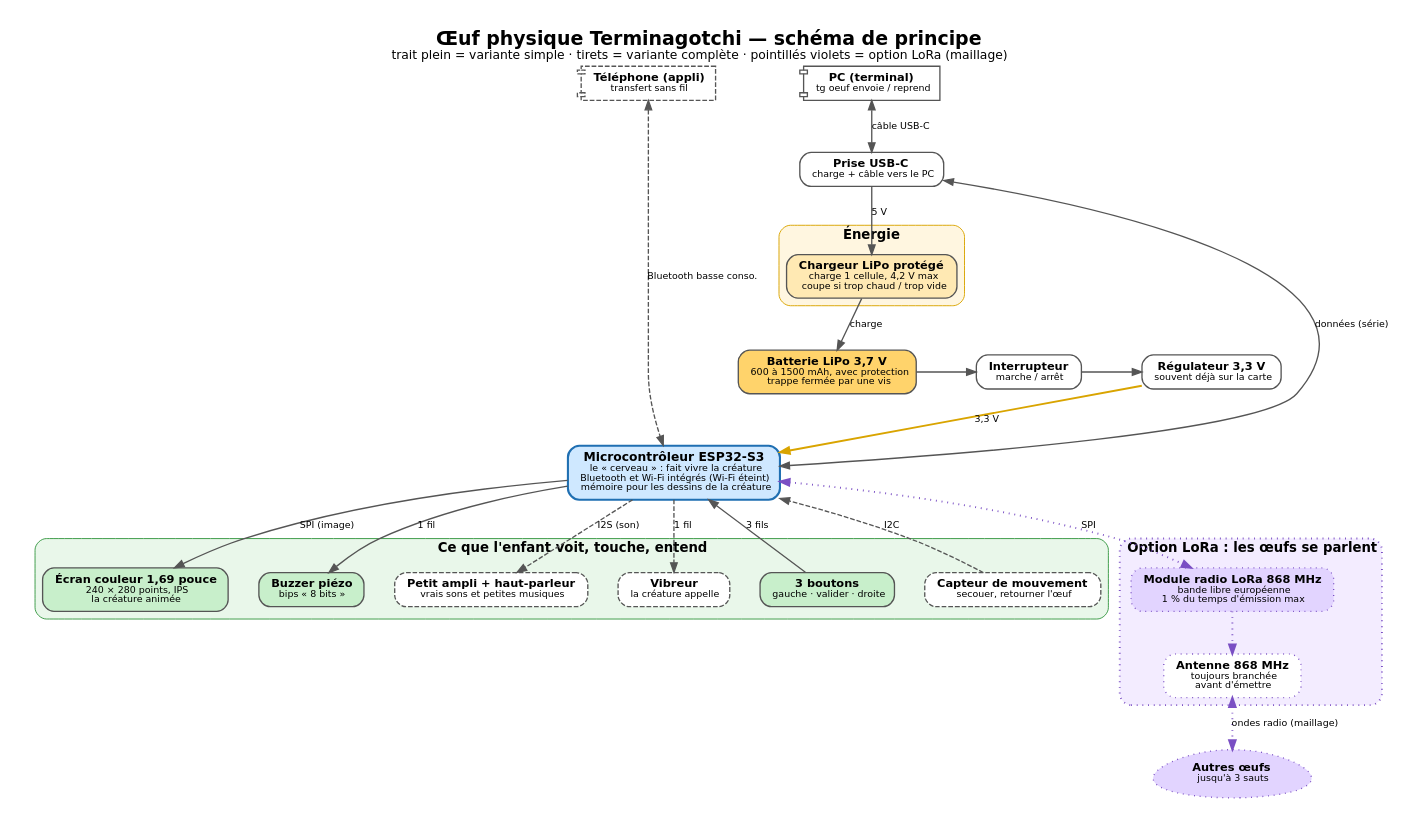
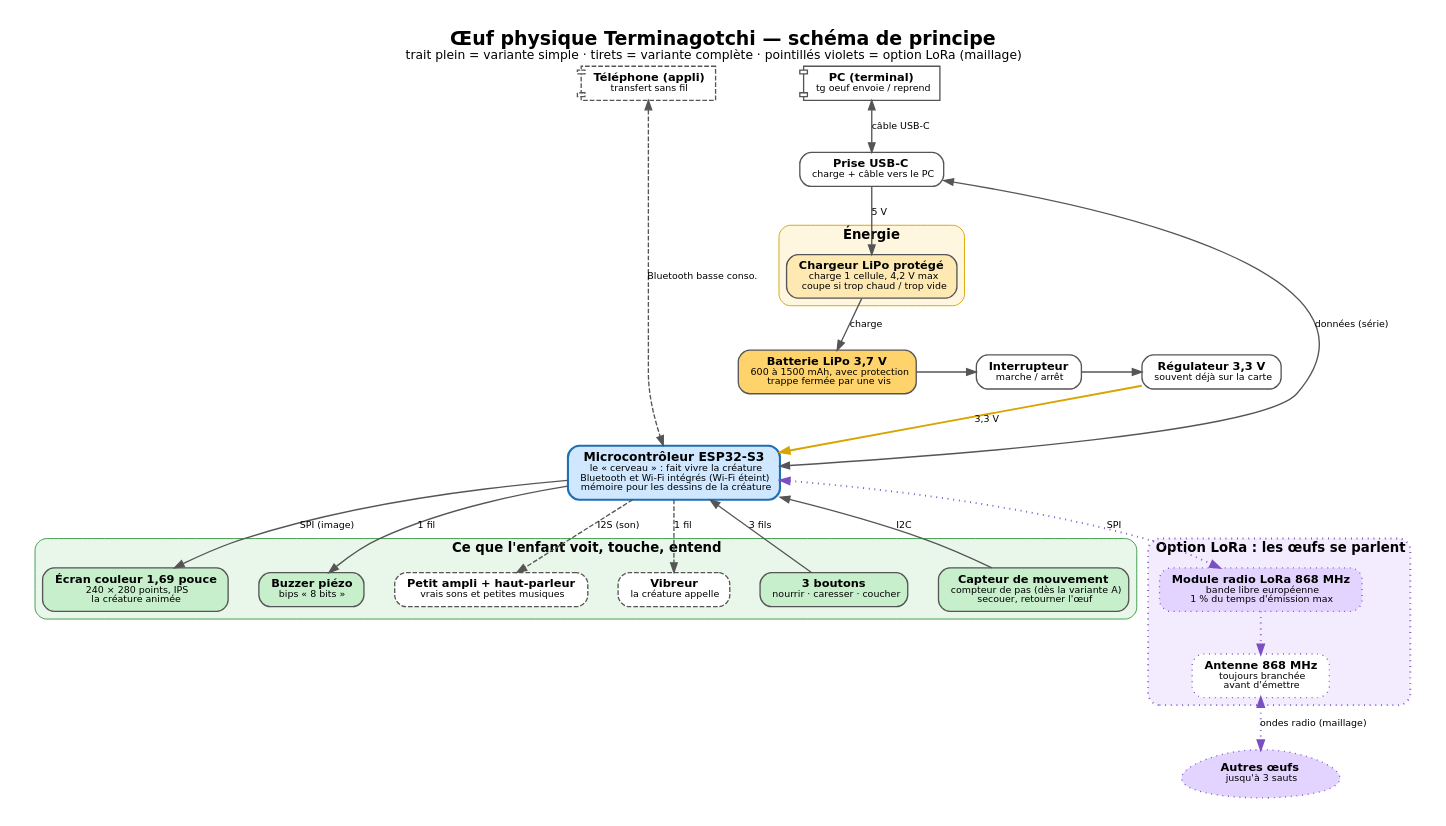
One commit to grecdel/terminagotchi changed the diagram in docs/oeuf/schema_de_principe.dot. Above: the diagram before and after it, drawn with Graphviz. The commit also changed 10 other files, not shown here.

First line of the commit message:
Œuf et cyberdeck : décisions du 2 novembre (cyberdeck = Linux portable à clapet avec le jeu PC, synchro existante ; œuf = seul isolé, sans terminal, pas et soins) [skip ci]

```diff
--- a/docs/oeuf/schema_de_principe.dot
+++ b/docs/oeuf/schema_de_principe.dot
@@ -1,74 +1,74 @@
 // Schéma de principe de l'œuf physique Terminagotchi (proposition, à valider).
 // Régénérer : dot -Tsvg schema_de_principe.dot -o schema_de_principe.svg
 //             dot -Tpng -Gdpi=150 schema_de_principe.dot -o schema_de_principe.png
 // Licence : CERN-OHL-S-2.0 (proposée) pour le matériel.
 digraph oeuf {
   graph [rankdir=TB, fontname="DejaVu Sans", fontsize=20, labelloc=t, nodesep=0.45, ranksep=0.6,
          bgcolor="white", pad=0.3,
          label=<<b>Œuf physique Terminagotchi — schéma de principe</b><br/><font point-size="13">trait plein = variante simple · tirets = variante complète · pointillés violets = option LoRa (maillage)</font>>];
   node  [fontname="DejaVu Sans", fontsize=12, shape=box, style="rounded,filled", fillcolor="#f2f2f2", color="#555555", penwidth=1.4, margin="0.18,0.10"];
   edge  [fontname="DejaVu Sans", fontsize=10, color="#555555", penwidth=1.4];
 
   // ---- énergie ----
   subgraph cluster_energie {
     label=<<b>Énergie</b>>; style="rounded,filled"; fillcolor="#fff6e0"; color="#d9a400"; fontsize=14;
     usb      [label=<<b>Prise USB-C</b><br/><font point-size="10">charge + câble vers le PC</font>>, fillcolor="#ffffff"];
     chargeur [label=<<b>Chargeur LiPo protégé</b><br/><font point-size="10">charge 1 cellule, 4,2 V max<br/>coupe si trop chaud / trop vide</font>>, fillcolor="#ffe9b3"];
     batterie [label=<<b>Batterie LiPo 3,7 V</b><br/><font point-size="10">600 à 1500 mAh, avec protection<br/>trappe fermée par une vis</font>>, fillcolor="#ffd36b"];
     inter    [label=<<b>Interrupteur</b><br/><font point-size="10">marche / arrêt</font>>, fillcolor="#ffffff"];
     regul    [label=<<b>Régulateur 3,3 V</b><br/><font point-size="10">souvent déjà sur la carte</font>>, fillcolor="#ffffff"];
   }
 
   // ---- cerveau ----
   mcu [label=<<b>Microcontrôleur ESP32-S3</b><br/><font point-size="10">le « cerveau » : fait vivre la créature<br/>Bluetooth et Wi-Fi intégrés (Wi-Fi éteint)<br/>mémoire pour les dessins de la créature</font>>,
        fillcolor="#cfe8ff", color="#1f6fb2", penwidth=2.2, fontsize=13];
 
   // ---- interface ----
   subgraph cluster_interface {
     label=<<b>Ce que l'enfant voit, touche, entend</b>>; style="rounded,filled"; fillcolor="#e9f7ea"; color="#3a9a45"; fontsize=14;
     ecran   [label=<<b>Écran couleur 1,69 pouce</b><br/><font point-size="10">240 × 280 points, IPS<br/>la créature animée</font>>, fillcolor="#c8efcb"];
-    boutons [label=<<b>3 boutons</b><br/><font point-size="10">gauche · valider · droite</font>>, fillcolor="#c8efcb"];
+    boutons [label=<<b>3 boutons</b><br/><font point-size="10">nourrir · caresser · coucher</font>>, fillcolor="#c8efcb"];
     buzzer  [label=<<b>Buzzer piézo</b><br/><font point-size="10">bips « 8 bits »</font>>, fillcolor="#c8efcb"];
     ampli   [label=<<b>Petit ampli + haut-parleur</b><br/><font point-size="10">vrais sons et petites musiques</font>>, fillcolor="#ffffff", style="rounded,filled,dashed"];
-    capteur [label=<<b>Capteur de mouvement</b><br/><font point-size="10">secouer, retourner l'œuf</font>>, fillcolor="#ffffff", style="rounded,filled,dashed"];
+    capteur [label=<<b>Capteur de mouvement</b><br/><font point-size="10">compteur de pas (dès la variante A)<br/>secouer, retourner l'œuf</font>>, fillcolor="#c8efcb"];
     vibreur [label=<<b>Vibreur</b><br/><font point-size="10">la créature appelle</font>>, fillcolor="#ffffff", style="rounded,filled,dashed"];
   }
 
   // ---- LoRa ----
   subgraph cluster_lora {
     label=<<b>Option LoRa : les œufs se parlent</b>>; style="rounded,filled,dotted"; fillcolor="#f3ecff"; color="#7a4fc4"; fontsize=14; penwidth=2;
     lora    [label=<<b>Module radio LoRa 868 MHz</b><br/><font point-size="10">bande libre européenne<br/>1 % du temps d'émission max</font>>, fillcolor="#e2d4ff", style="rounded,filled,dotted", color="#7a4fc4"];
     antenne [label=<<b>Antenne 868 MHz</b><br/><font point-size="10">toujours branchée<br/>avant d'émettre</font>>, fillcolor="#ffffff", style="rounded,filled,dotted", color="#7a4fc4"];
   }
 
   // ---- monde extérieur ----
   pc  [label=<<b>PC (terminal)</b><br/><font point-size="10">tg oeuf envoie / reprend</font>>, shape=component, fillcolor="#ffffff"];
   tel [label=<<b>Téléphone (appli)</b><br/><font point-size="10">transfert sans fil</font>>, shape=component, fillcolor="#ffffff", style="filled,dashed"];
   autres [label=<<b>Autres œufs</b><br/><font point-size="10">jusqu'à 3 sauts</font>>, shape=egg, fillcolor="#e2d4ff", style="filled,dotted", color="#7a4fc4"];
 
   // liaisons énergie
   usb -> chargeur [label="5 V"];
   chargeur -> batterie [label="charge"];
   batterie -> inter;
   inter -> regul;
   regul -> mcu [label="3,3 V", color="#d9a400", penwidth=2];
 
   // données
   pc -> usb [label="câble USB-C", dir=both];
   usb -> mcu [label="données (série)", dir=both, constraint=false];
   tel -> mcu [label="Bluetooth basse conso.", dir=both, style=dashed];
 
   mcu -> ecran   [label="SPI (image)"];
   boutons -> mcu [label="3 fils"];
   mcu -> buzzer  [label="1 fil"];
   mcu -> ampli   [label="I2S (son)", style=dashed];
-  capteur -> mcu [label="I2C", style=dashed];
+  capteur -> mcu [label="I2C"];
   mcu -> vibreur [label="1 fil", style=dashed];
   mcu -> lora    [label="SPI", dir=both, style=dotted, color="#7a4fc4", penwidth=2];
   lora -> antenne [style=dotted, color="#7a4fc4", penwidth=2];
   antenne -> autres [label="ondes radio (maillage)", dir=both, style=dotted, color="#7a4fc4", penwidth=2];
 
   { rank=same; pc; tel; }
   { rank=same; usb; }
   { rank=same; batterie; inter; regul; }
 }
```
